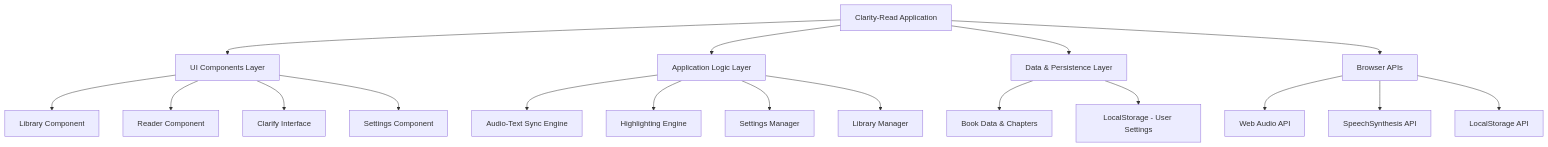
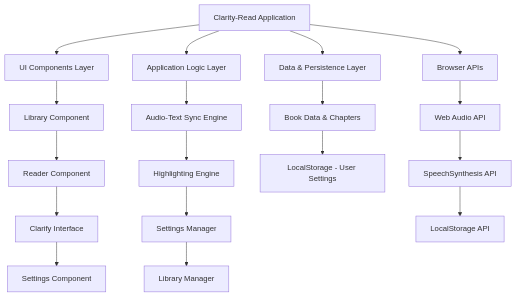
The diagram in README.md (ANTO-REMY/clarity-read), drawn with Mermaid before and after one commit.

````diff
--- a/README.md
+++ b/README.md
@@ -31,25 +31,26 @@
 ```mermaid
-graph TD
+graph TB
     A[Clarity-Read Application]
     
     A --> B[UI Components Layer]
+    A --> C[Application Logic Layer]
+    A --> D[Data & Persistence Layer]
+    A --> E[Browser APIs]
+    
     B --> B1[Library Component]
-    B --> B2[Reader Component]
-    B --> B3[Clarify Interface]
-    B --> B4[Settings Component]
+    B1 --> B2[Reader Component]
+    B2 --> B3[Clarify Interface]
+    B3 --> B4[Settings Component]
     
-    A --> C[Application Logic Layer]
     C --> C1[Audio-Text Sync Engine]
-    C --> C2[Highlighting Engine]
-    C --> C3[Settings Manager]
-    C --> C4[Library Manager]
+    C1 --> C2[Highlighting Engine]
+    C2 --> C3[Settings Manager]
+    C3 --> C4[Library Manager]
     
-    A --> D[Data & Persistence Layer]
     D --> D1[Book Data & Chapters]
-    D --> D2[LocalStorage - User Settings]
+    D1 --> D2[LocalStorage - User Settings]
     
-    A --> E[Browser APIs]
     E --> E1[Web Audio API]
-    E --> E2[SpeechSynthesis API]
-    E --> E3[LocalStorage API]
+    E1 --> E2[SpeechSynthesis API]
+    E2 --> E3[LocalStorage API]
 ```
````
